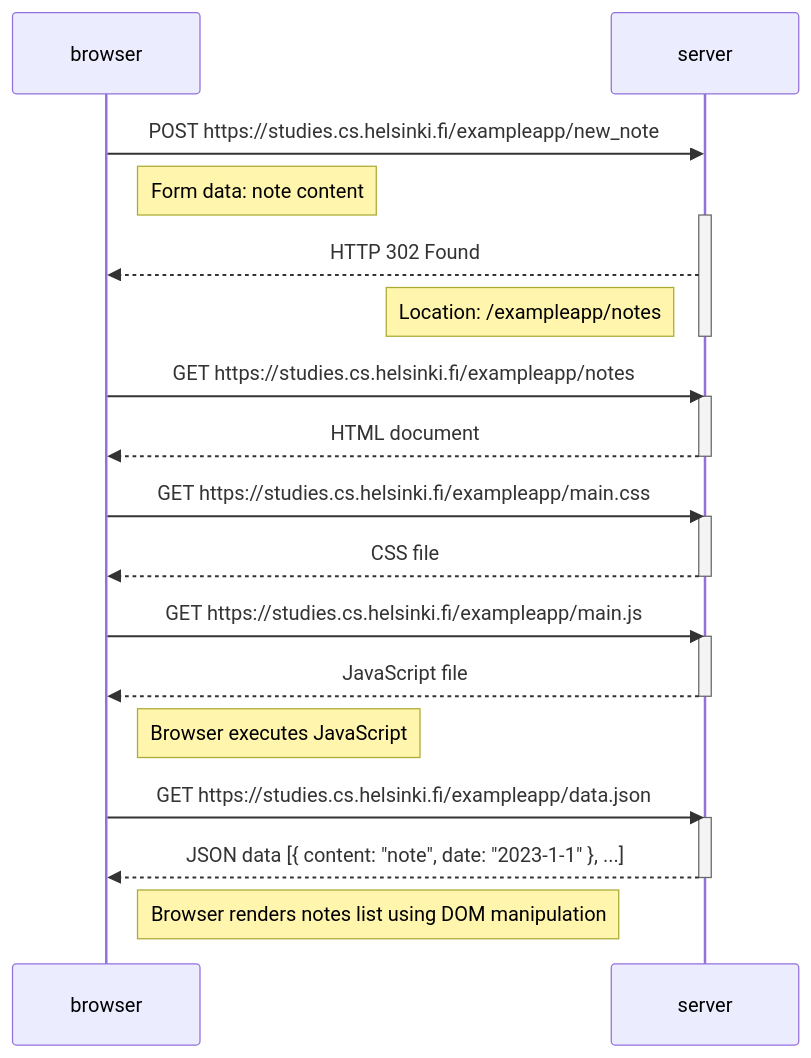
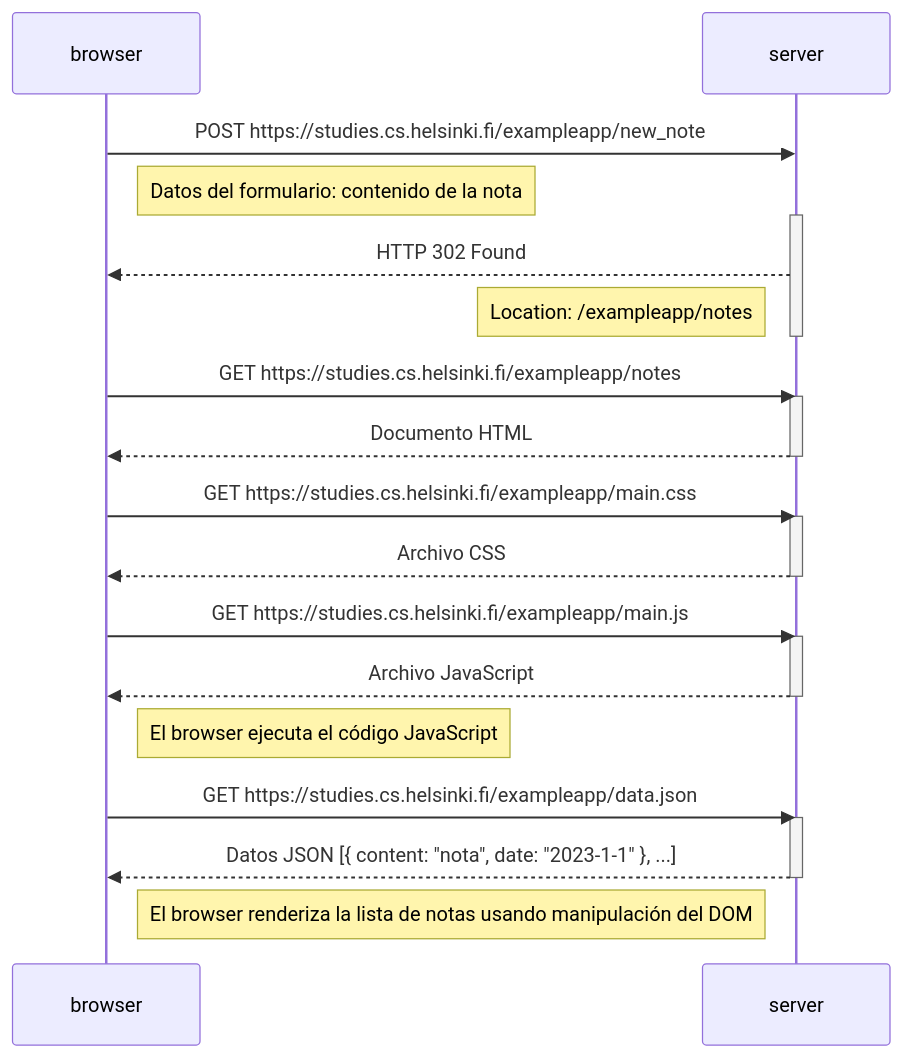
Before and after one commit to pgroba23/fullstackopen: the diagram in part0/exercise0.4.md, drawn with Mermaid. The commit also changed other lines of this file and 2 other files, not shown here.

Commit message:
Actualizar ejercicios 0.4-0.6 al castellano

````diff
--- a/part0/exercise0.4.md
+++ b/part0/exercise0.4.md
@@ -3,36 +3,36 @@
 ```mermaid
 sequenceDiagram
     participant browser
     participant server
 
     browser->>server: POST https://studies.cs.helsinki.fi/exampleapp/new_note
-    Note right of browser: Form data: note content
+    Note right of browser: Datos del formulario: contenido de la nota
     activate server
     server-->>browser: HTTP 302 Found
     Note left of server: Location: /exampleapp/notes
     deactivate server
 
     browser->>server: GET https://studies.cs.helsinki.fi/exampleapp/notes
     activate server
-    server-->>browser: HTML document
+    server-->>browser: Documento HTML
     deactivate server
 
     browser->>server: GET https://studies.cs.helsinki.fi/exampleapp/main.css
     activate server
-    server-->>browser: CSS file
+    server-->>browser: Archivo CSS
     deactivate server
 
     browser->>server: GET https://studies.cs.helsinki.fi/exampleapp/main.js
     activate server
-    server-->>browser: JavaScript file
+    server-->>browser: Archivo JavaScript
     deactivate server
 
-    Note right of browser: Browser executes JavaScript
+    Note right of browser: El browser ejecuta el código JavaScript
 
     browser->>server: GET https://studies.cs.helsinki.fi/exampleapp/data.json
     activate server
-    server-->>browser: JSON data [{ content: "note", date: "2023-1-1" }, ...]
+    server-->>browser: Datos JSON [{ content: "nota", date: "2023-1-1" }, ...]
     deactivate server
 
-    Note right of browser: Browser renders notes list using DOM manipulation
+    Note right of browser: El browser renderiza la lista de notas usando manipulación del DOM
 ```
````
